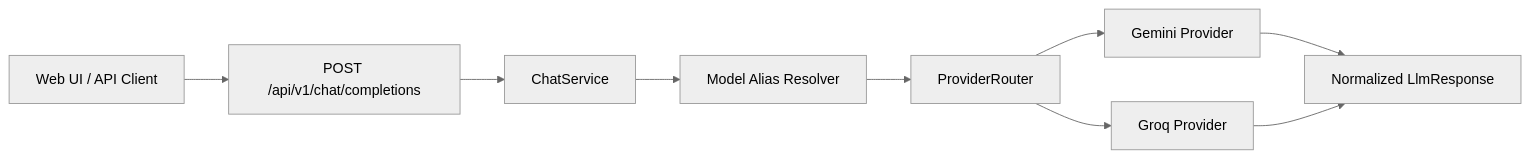
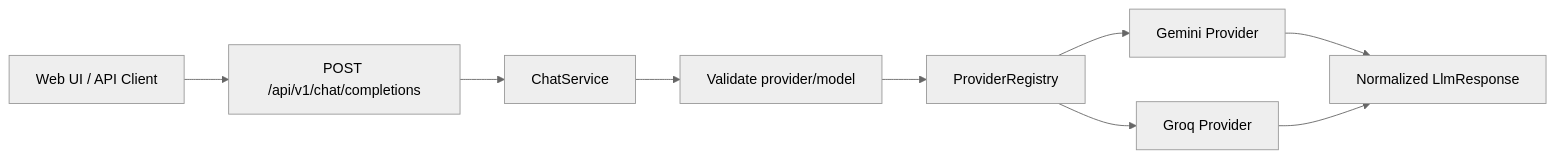
The diagram in README.md (from-import/ai-platform), drawn with Mermaid (neutral theme) before and after one commit. The commit also changed other lines of this file and 23 other files, not shown here.

Commit message:
feat: support config-driven provider/model routing

````diff
--- a/README.md
+++ b/README.md
@@ -25,11 +24,11 @@
 ```mermaid
 flowchart LR
     Client["Web UI / API Client"] --> API["POST /api/v1/chat/completions"]
     API --> Service["ChatService"]
-    Service --> Alias["Model Alias Resolver"]
-    Alias --> Router["ProviderRouter"]
-    Router --> Gemini["Gemini Provider"]
-    Router --> Groq["Groq Provider"]
+    Service --> Model["Validate provider/model"]
+    Model --> Registry["ProviderRegistry"]
+    Registry --> Gemini["Gemini Provider"]
+    Registry --> Groq["Groq Provider"]
     Gemini --> Response["Normalized LlmResponse"]
     Groq --> Response
 ```
````
